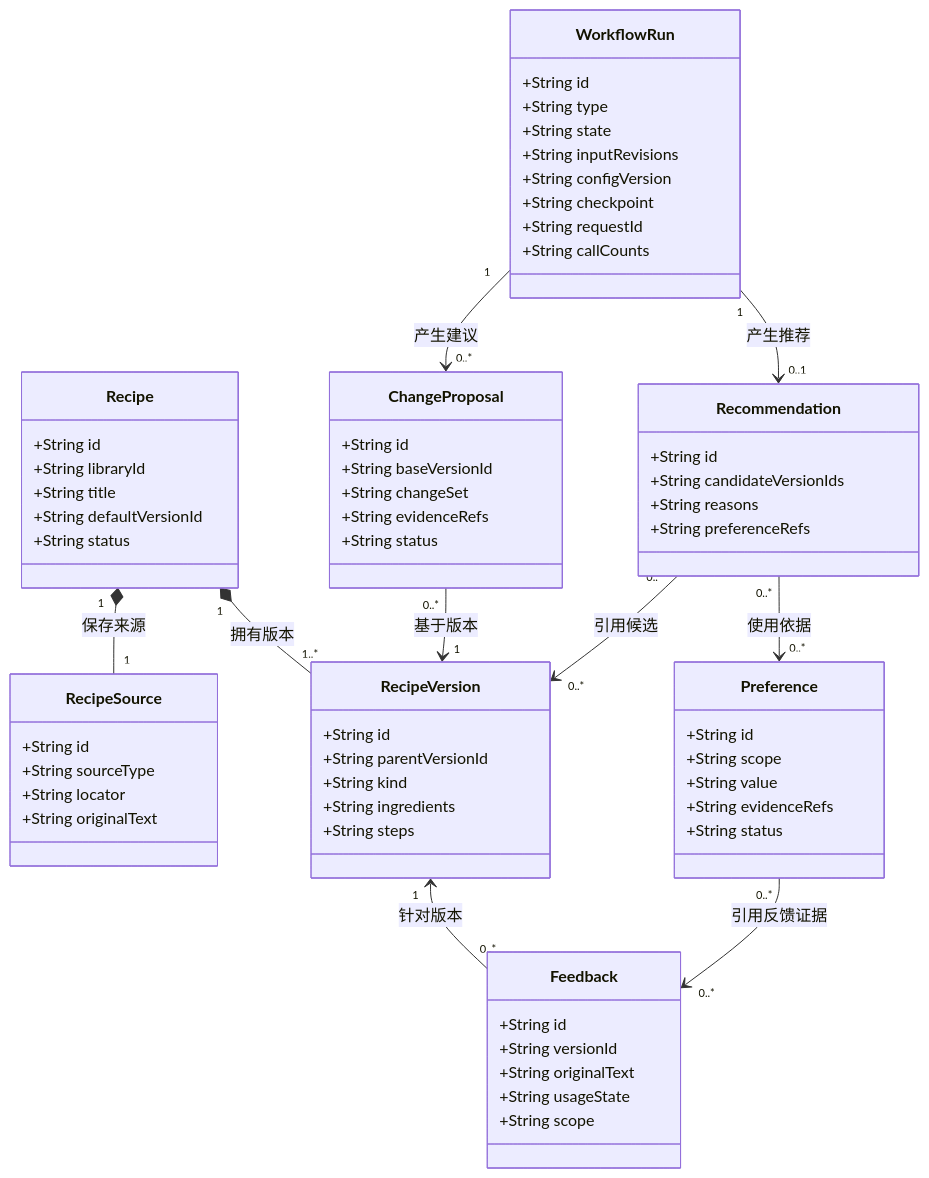
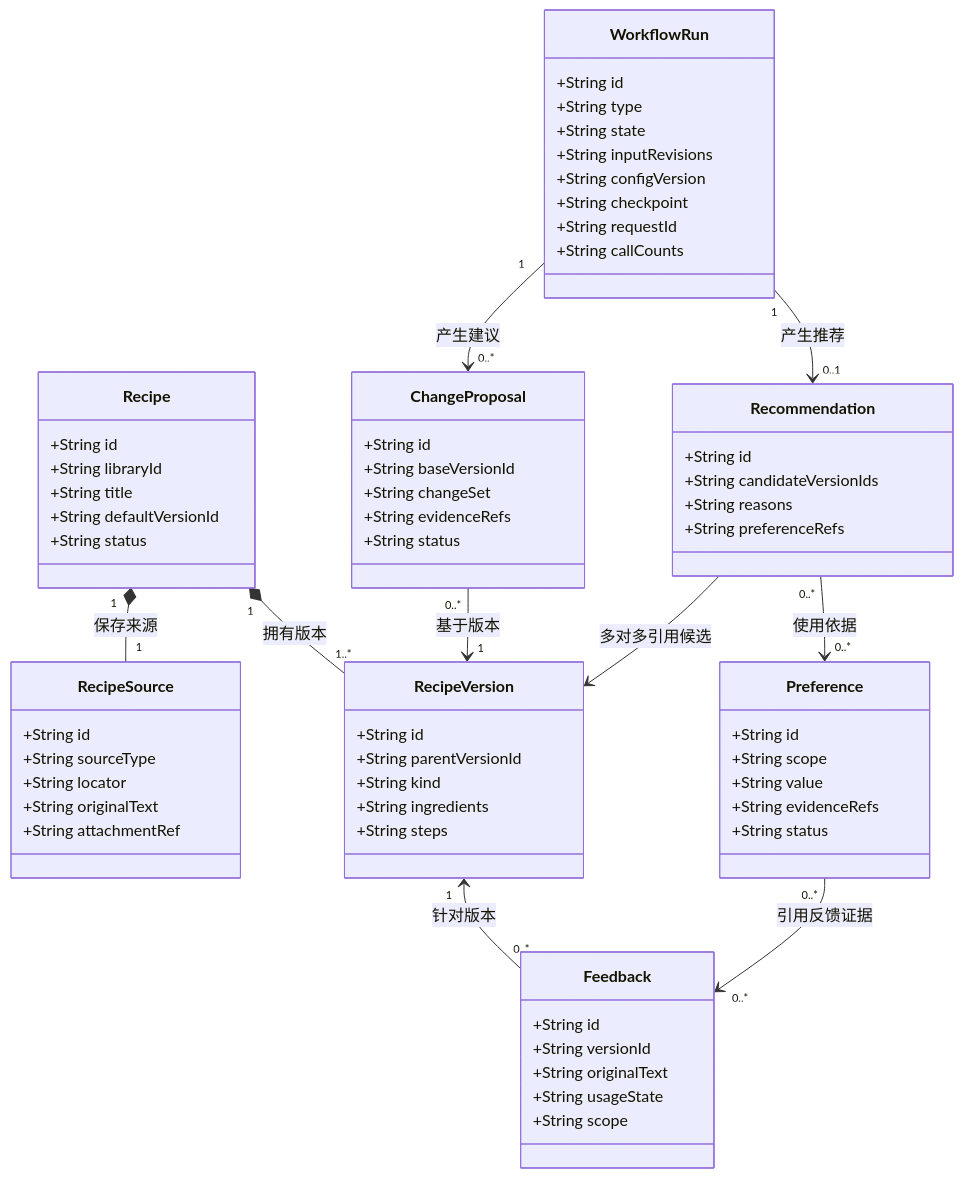
Before and after one commit to 155TuT/2601-fzu-SoftwareEngineering-YuezhongWu: the third of 3 diagrams in homework/team/task5/ans/prd.md, drawn with Mermaid. The commit also changed other lines of this file, not shown here.

````diff
--- a/homework/team/task5/ans/prd.md
+++ b/homework/team/task5/ans/prd.md
@@ -373,70 +403,71 @@
 ```mermaid
 classDiagram
     direction TB
     class RecipeSource {
         +String id
         +String sourceType
         +String locator
         +String originalText
+        +String attachmentRef
     }
     class Recipe {
         +String id
         +String libraryId
         +String title
         +String defaultVersionId
         +String status
     }
     class RecipeVersion {
         +String id
         +String parentVersionId
         +String kind
         +String ingredients
         +String steps
     }
     class Feedback {
         +String id
         +String versionId
         +String originalText
         +String usageState
         +String scope
     }
     class Preference {
         +String id
         +String scope
         +String value
         +String evidenceRefs
         +String status
     }
     class WorkflowRun {
         +String id
         +String type
         +String state
         +String inputRevisions
         +String configVersion
         +String checkpoint
         +String requestId
         +String callCounts
     }
     class ChangeProposal {
         +String id
         +String baseVersionId
         +String changeSet
         +String evidenceRefs
         +String status
     }
     class Recommendation {
         +String id
         +String candidateVersionIds
         +String reasons
         +String preferenceRefs
     }
     Recipe "1" *-- "1" RecipeSource : 保存来源
     Recipe "1" *-- "1..*" RecipeVersion : 拥有版本
     RecipeVersion "1" <-- "0..*" Feedback : 针对版本
     Preference "0..*" --> "0..*" Feedback : 引用反馈证据
     WorkflowRun "1" --> "0..*" ChangeProposal : 产生建议
     WorkflowRun "1" --> "0..1" Recommendation : 产生推荐
     ChangeProposal "0..*" --> "1" RecipeVersion : 基于版本
-    Recommendation "0..*" --> "0..*" RecipeVersion : 引用候选
+    Recommendation --> RecipeVersion : 多对多引用候选
     Recommendation "0..*" --> "0..*" Preference : 使用依据
 ```
````
